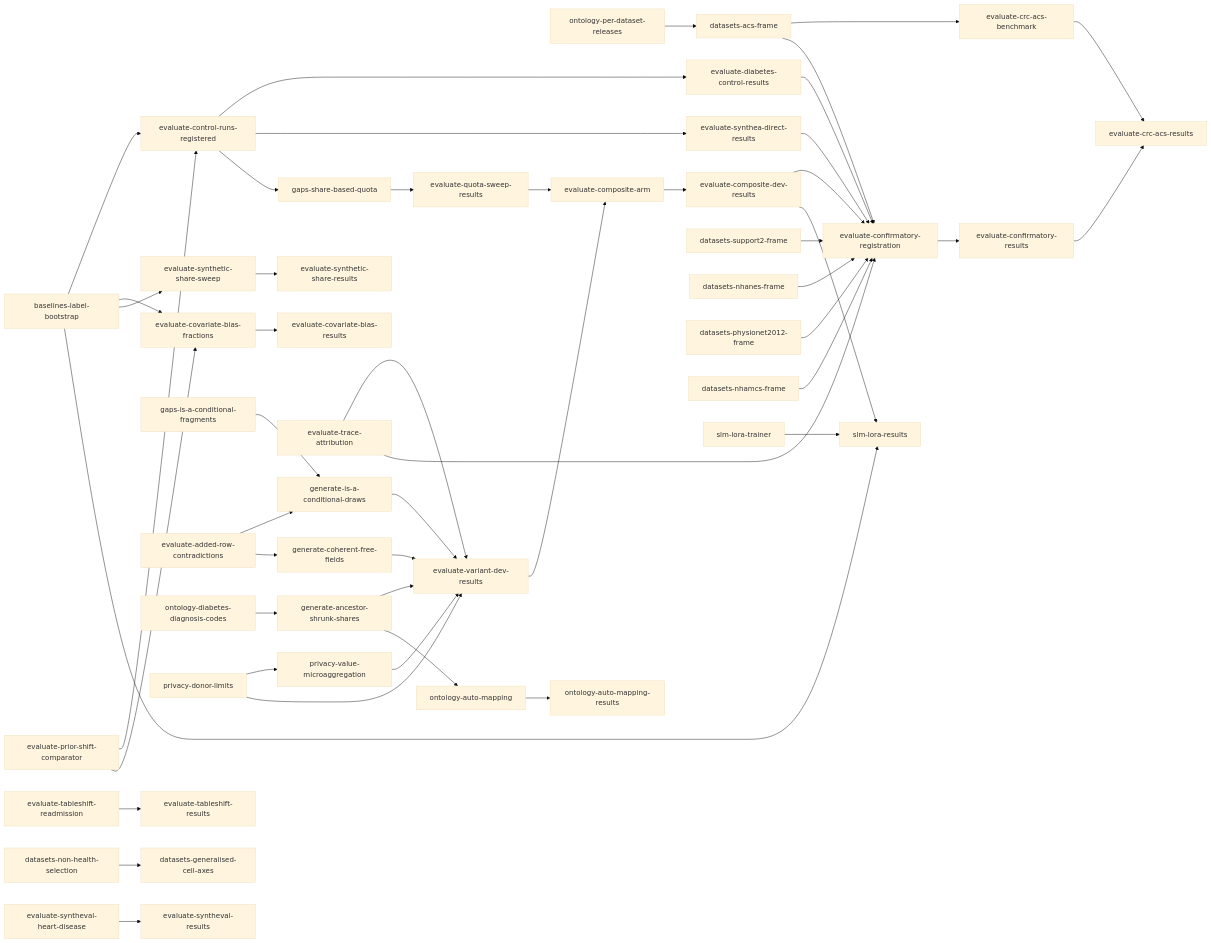
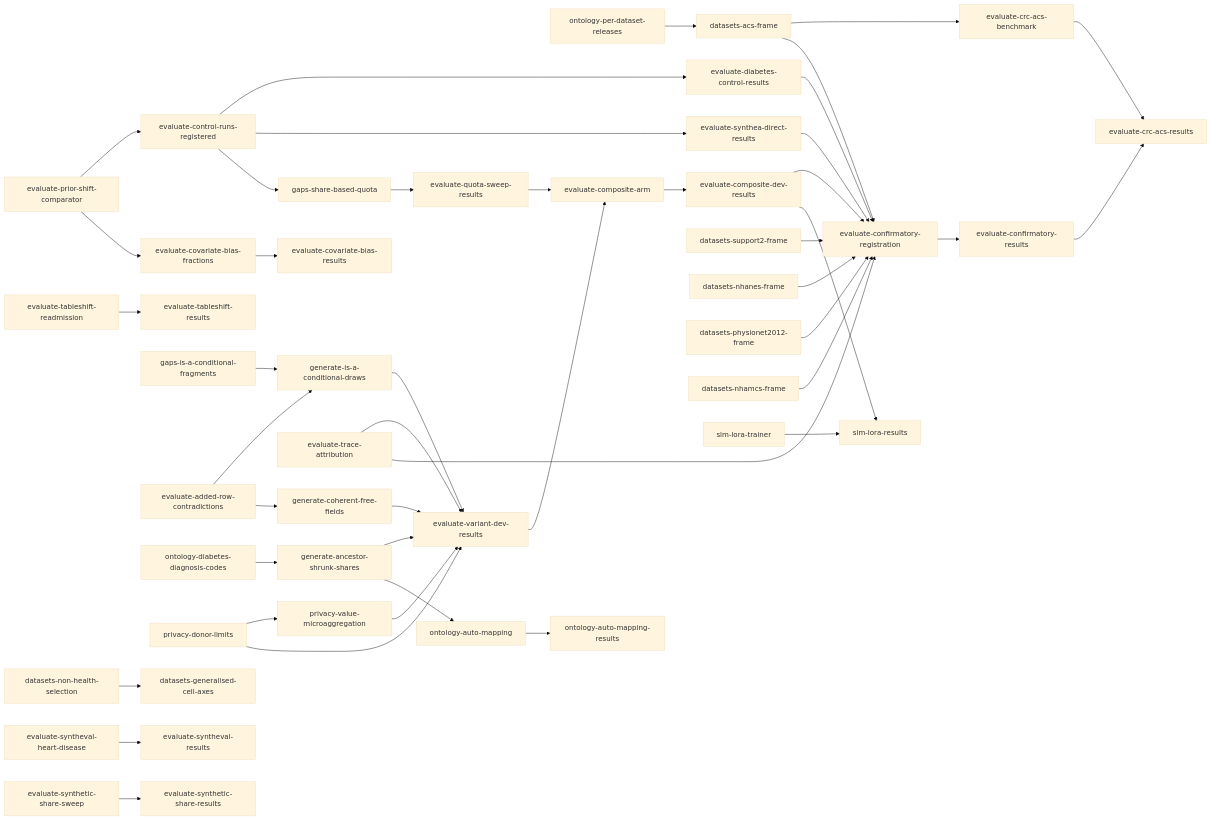
One commit to joe-dartmouth/synthetic changed the diagram in tasks/direct-index.md. Above: the diagram before and after it, drawn with Mermaid (base theme). The commit also changed other lines of this file and 17 other files, not shown here.

First line of the commit message:
Add the label-bootstrap control baseline (#117)

````diff
--- a/tasks/direct-index.md
+++ b/tasks/direct-index.md
@@ -85,50 +84,46 @@
 ```mermaid
 flowchart LR
-    u4[baselines-label-bootstrap] --> u6[evaluate-control-runs-registered]
-    u4 --> u37[evaluate-covariate-bias-fractions]
-    u5[evaluate-prior-shift-comparator] --> u6
-    u5 --> u37
+    u5[evaluate-prior-shift-comparator] --> u6[evaluate-control-runs-registered]
+    u5 --> u37[evaluate-covariate-bias-fractions]
     u37 --> u38[evaluate-covariate-bias-results]
     u39[evaluate-tableshift-readmission] --> u40[evaluate-tableshift-results]
     u6 --> u7[evaluate-diabetes-control-results]
     u6 --> u8[evaluate-synthea-direct-results]
     u10[gaps-is-a-conditional-fragments] --> u11[generate-is-a-conditional-draws]
     u9[evaluate-added-row-contradictions] --> u11
     u12[ontology-diabetes-diagnosis-codes] --> u13[generate-ancestor-shrunk-shares]
     u15[privacy-donor-limits] --> u16[privacy-value-microaggregation]
     u9 --> u17[generate-coherent-free-fields]
     u11 --> u19[evaluate-variant-dev-results]
     u13 --> u19
     u15 --> u19
     u16 --> u19
     u17 --> u19
     u18[evaluate-trace-attribution] --> u19
     u6 --> u20[gaps-share-based-quota]
     u20 --> u21[evaluate-quota-sweep-results]
     u24[ontology-per-dataset-releases] --> u27[datasets-acs-frame]
     u27 --> u41[evaluate-crc-acs-benchmark]
     u49[datasets-non-health-selection] --> u50[datasets-generalised-cell-axes]
     u43[evaluate-syntheval-heart-disease] --> u44[evaluate-syntheval-results]
     u19 --> u28[evaluate-composite-arm]
     u21 --> u28
     u28 --> u29[evaluate-composite-dev-results]
     u7 --> u30[evaluate-confirmatory-registration]
     u8 --> u30
     u18 --> u30
-    u4 --> u45[evaluate-synthetic-share-sweep]
-    u45 --> u46[evaluate-synthetic-share-results]
+    u45[evaluate-synthetic-share-sweep] --> u46[evaluate-synthetic-share-results]
     u25[datasets-support2-frame] --> u30
     u26[datasets-nhanes-frame] --> u30
     u27 --> u30
     u47[datasets-physionet2012-frame] --> u30
     u48[datasets-nhamcs-frame] --> u30
     u29 --> u30
     u30 --> u31[evaluate-confirmatory-results]
     u41 --> u42[evaluate-crc-acs-results]
     u31 --> u42
     u13 --> u32[ontology-auto-mapping]
     u32 --> u33[ontology-auto-mapping-results]
     u29 --> u36[slm-lora-results]
     u35[slm-lora-trainer] --> u36
-    u4 --> u36
 ```
````
